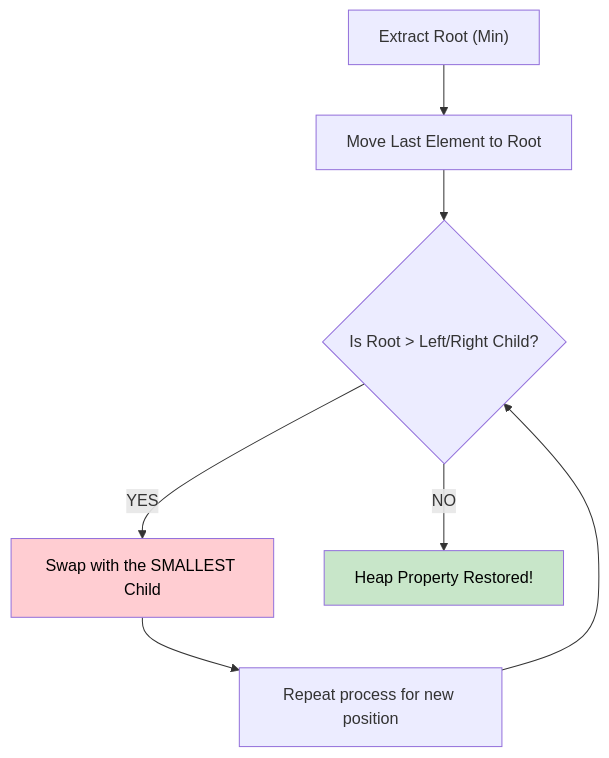
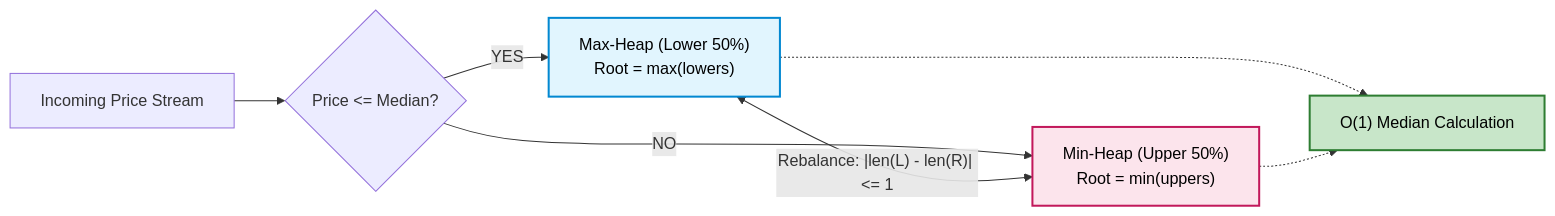
One commit to vadde/DSA changed the second of 2 diagrams in 00 - Fundamentals/010 - Min and Max Heap/heap_walkthrough.md. Above: the diagram before and after it, drawn with Mermaid. The commit also changed other lines of this file and 1 other file, not shown here.

Commit message:
docs(fundamentals): upgrade BST and Heap to 5-level curriculum

````diff
--- a/00 - Fundamentals/010 - Min and Max Heap/heap_walkthrough.md
+++ b/00 - Fundamentals/010 - Min and Max Heap/heap_walkthrough.md
@@ -53,12 +321,15 @@
 ```mermaid
-flowchart TD
-    A["Extract Root (Min)"] --> B["Move Last Element to Root"]
-    B --> C{"Is Root > Left/Right Child?"}
-    C -->|YES| D["Swap with the SMALLEST Child"]
-    D --> E["Repeat process for new position"]
-    E --> C
-C -->|NO| F["Heap Property Restored!"]
-    
-    style D fill:#ffcdd2,color:#000
-    style F fill:#c8e6c9,color:#000
+flowchart LR
+    Stream["Incoming Price Stream"] --> Router{"Price <= Median?"}
+    Router -->|YES| MaxHeap["Max-Heap (Lower 50%)\nRoot = max(lowers)"]
+    Router -->|NO| MinHeap["Min-Heap (Upper 50%)\nRoot = min(uppers)"]
+
+    MaxHeap <-->|"Rebalance: |len(L) - len(R)| <= 1"| MinHeap
+
+    MaxHeap -.-> MedianCalc["O(1) Median Calculation"]
+    MinHeap -.-> MedianCalc
+
+    style MaxHeap fill:#e1f5fe,stroke:#0288d1,stroke-width:2px,color:#000
+    style MinHeap fill:#fce4ec,stroke:#c2185b,stroke-width:2px,color:#000
+    style MedianCalc fill:#c8e6c9,stroke:#2e7d32,stroke-width:2px,color:#000
 ```
````
